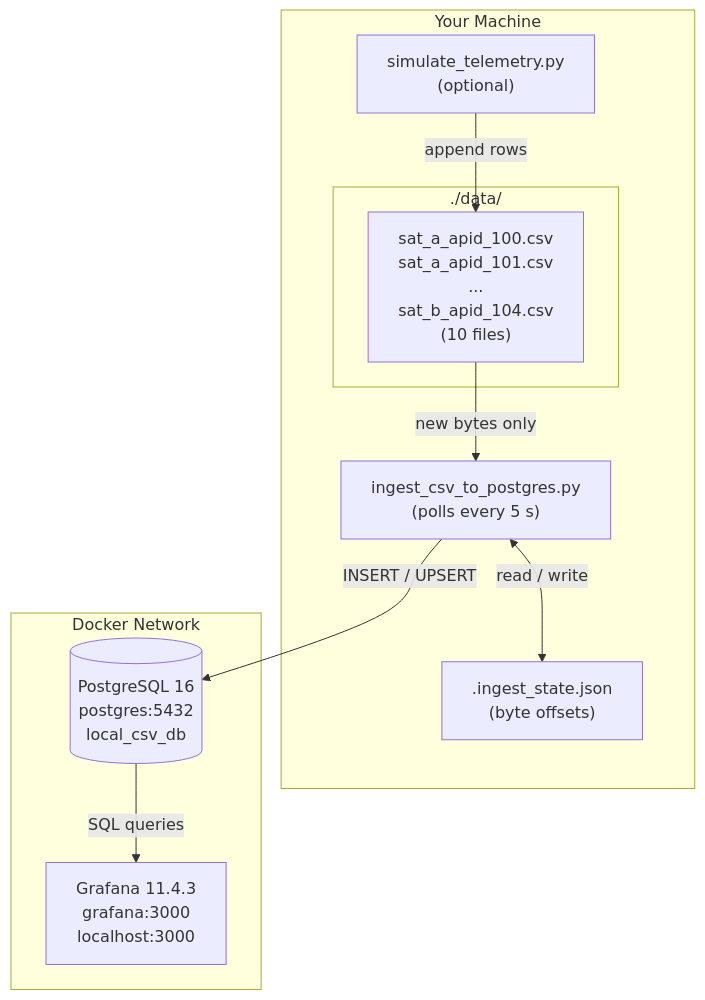
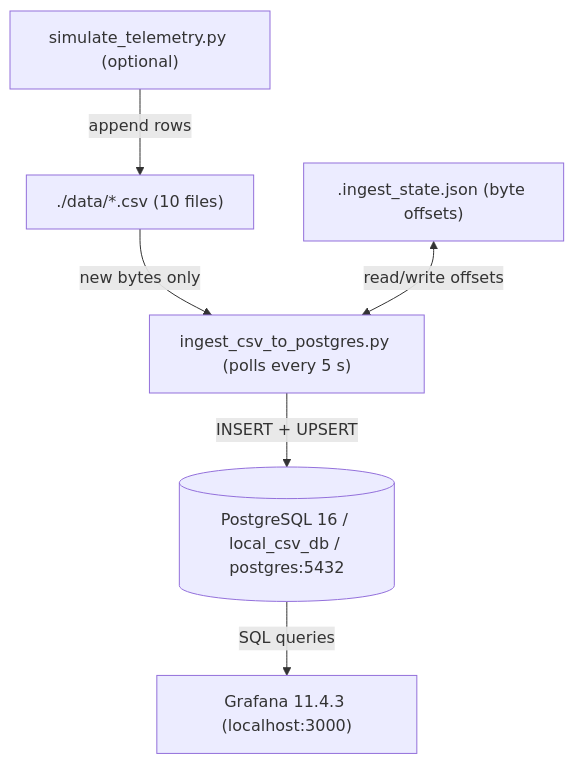
Before and after one commit to kushalmae/posgres_grafana_project: the diagram in wiki/01-system-overview.md, drawn with Mermaid. The commit also changed 7 other files, not shown here.

````diff
--- a/wiki/01-system-overview.md
+++ b/wiki/01-system-overview.md
@@ -52,22 +52,15 @@
 ```mermaid
-graph TB
-    subgraph HOST["Your Machine"]
-        subgraph FILES["./data/"]
-            CSV["sat_a_apid_100.csv\nsat_a_apid_101.csv\n...\nsat_b_apid_104.csv\n(10 files)"]
-        end
-        SIM["simulate_telemetry.py\n(optional)"]
-        ING["ingest_csv_to_postgres.py\n(polls every 5 s)"]
-        STATE[".ingest_state.json\n(byte offsets)"]
-    end
+flowchart TB
+    SIM["simulate_telemetry.py (optional)"]
+    CSV["./data/*.csv (10 files)"]
+    ING["ingest_csv_to_postgres.py (polls every 5 s)"]
+    STATE[".ingest_state.json (byte offsets)"]
+    PG[(PostgreSQL 16 / local_csv_db / postgres:5432)]
+    GF["Grafana 11.4.3 (localhost:3000)"]
 
-    subgraph DOCKER["Docker Network"]
-        PG[("PostgreSQL 16\npostgres:5432\nlocal_csv_db")]
-        GF["Grafana 11.4.3\ngrafana:3000\nlocalhost:3000"]
-    end
-
-    SIM  -->|"append rows"| CSV
-    CSV  -->|"new bytes only"| ING
-    ING <-->|"read / write"| STATE
-    ING  -->|"INSERT / UPSERT"| PG
-    PG   -->|"SQL queries"| GF
+    SIM -->|"append rows"| CSV
+    CSV -->|"new bytes only"| ING
+    STATE <-->|"read/write offsets"| ING
+    ING -->|"INSERT + UPSERT"| PG
+    PG -->|"SQL queries"| GF
 ```
````
